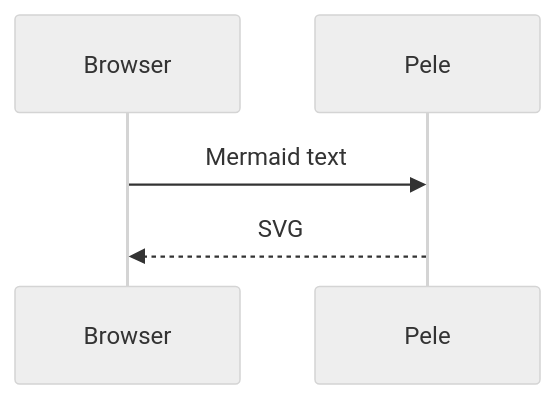
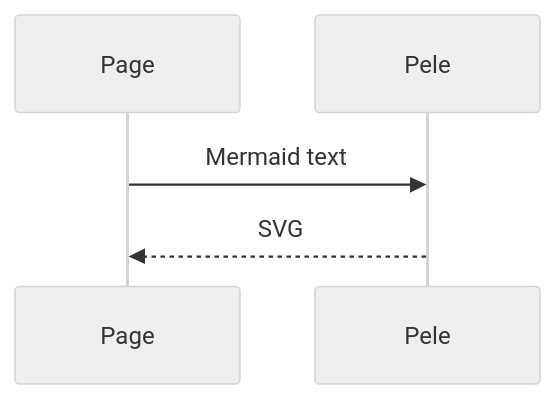
Before and after one commit to arjunattam/arjun.is: the second of 2 diagrams in pele.md, drawn with Mermaid (neutral theme). The commit also changed other lines of this file, not shown here.

Commit message:
Polish Pele diagram styling

```diff
--- a/pele.md
+++ b/pele.md
@@ -32,7 +62,7 @@
 <pre class="mermaid">
 sequenceDiagram
-  participant Browser
+  participant Page
   participant Pele
-  Browser->>Pele: Mermaid text
-  Pele-->>Browser: SVG
+  Page->>Pele: Mermaid text
+  Pele-->>Page: SVG
 </pre>
```
